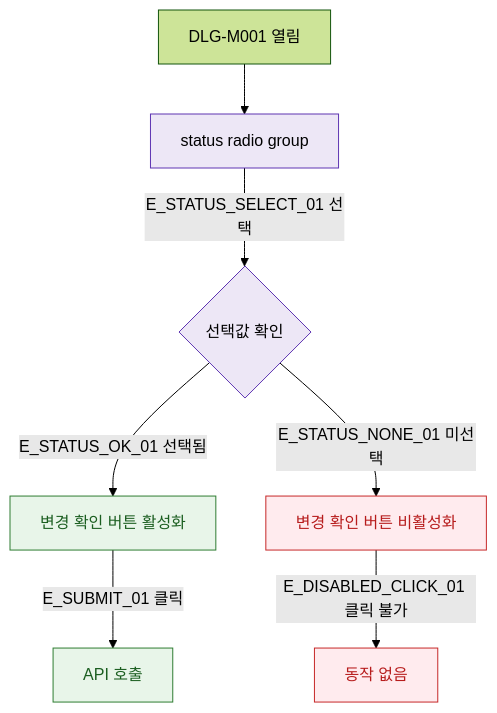
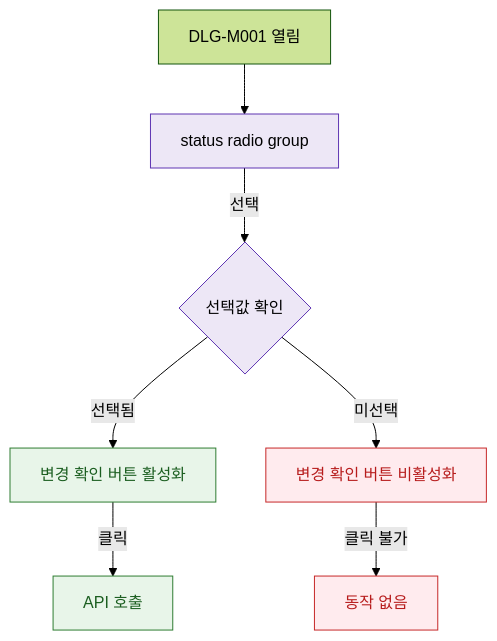
Before and after one commit to dev-spogym/admin-pando: the diagram in docs/다이어그램/D02_회원관리/DLG/DLG-M001_상태변경/M2_필드검증.md, drawn with Mermaid (forest theme). The commit also changed other lines of this file and 1660 other files, not shown here.

First line of the commit message:
다이어그램: 기획자/클라이언트 납품본으로 정리

````diff
--- a/docs/다이어그램/D02_회원관리/DLG/DLG-M001_상태변경/M2_필드검증.md
+++ b/docs/다이어그램/D02_회원관리/DLG/DLG-M001_상태변경/M2_필드검증.md
@@ -22,21 +20,21 @@
 ```mermaid
 flowchart TD
   DLG[DLG-M001 열림]
 
   DLG --> FLD_STATUS[status radio group]
 
-  FLD_STATUS -->|E_STATUS_SELECT_01 선택| VALID_STATUS{선택값 확인}
-  VALID_STATUS -->|E_STATUS_OK_01 선택됨| BTN_ENABLED[변경 확인 버튼 활성화]
-  VALID_STATUS -->|E_STATUS_NONE_01 미선택| BTN_DISABLED[변경 확인 버튼 비활성화]
+  FLD_STATUS -->|선택|VALID_STATUS{선택값 확인}
+  VALID_STATUS -->|선택됨|BTN_ENABLED[변경 확인 버튼 활성화]
+  VALID_STATUS -->|미선택|BTN_DISABLED[변경 확인 버튼 비활성화]
 
-  BTN_ENABLED  -->|E_SUBMIT_01 클릭| SUBMIT[API 호출]
-  BTN_DISABLED -->|E_DISABLED_CLICK_01 클릭 불가| NO_ACTION[동작 없음]
+  BTN_ENABLED -->|클릭|SUBMIT[API 호출]
+  BTN_DISABLED -->|클릭 불가|NO_ACTION[동작 없음]
 
-  classDef system  fill:#EDE7F6,stroke:#5E35B2
+  classDef system fill:#EDE7F6,stroke:#5E35B2
   classDef success fill:#E8F5E9,stroke:#2E7D32,color:#1B5E20
-  classDef error   fill:#FFEBEE,stroke:#C62828,color:#B71C1C
+  classDef error fill:#FFEBEE,stroke:#C62828,color:#B71C1C
 
   class FLD_STATUS,VALID_STATUS system
   class BTN_ENABLED,SUBMIT success
   class BTN_DISABLED,NO_ACTION error
 ```
````
